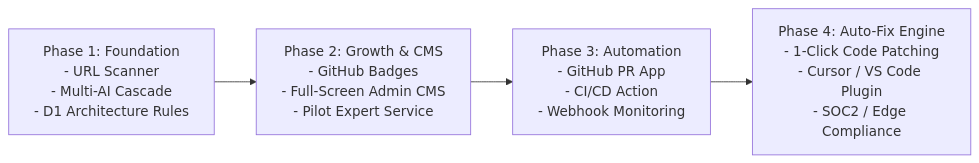
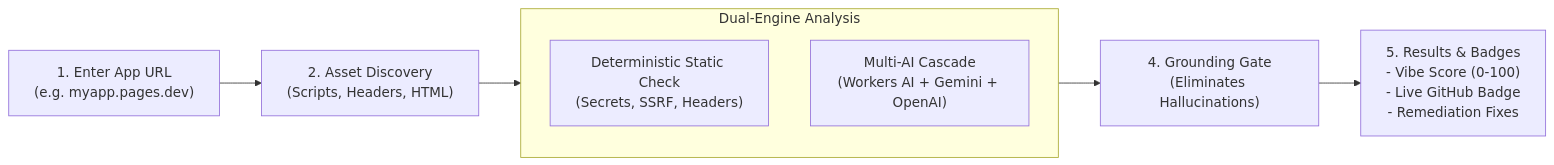
The diagram in README.md (sudharsansachin01-bot/PrBadger), drawn with Mermaid before and after one commit. The commit also changed other lines of this file, not shown here.

````diff
--- a/README.md
+++ b/README.md
@@ -177,6 +29,13 @@
 ```mermaid
 flowchart LR
-    A["Phase 1: Foundation<br/>- URL Scanner<br/>- Multi-AI Cascade<br/>- D1 Architecture Rules"] --> B["Phase 2: Growth & CMS<br/>- GitHub Badges<br/>- Full-Screen Admin CMS<br/>- Pilot Expert Service"]
-    B --> C["Phase 3: Automation<br/>- GitHub PR App<br/>- CI/CD Action<br/>- Webhook Monitoring"]
-    C --> D["Phase 4: Auto-Fix Engine<br/>- 1-Click Code Patching<br/>- Cursor / VS Code Plugin<br/>- SOC2 / Edge Compliance"]
+    A["1. Enter App URL<br/>(e.g. myapp.pages.dev)"] --> B["2. Asset Discovery<br/>(Scripts, Headers, HTML)"]
+    B --> C["3. Dual-Engine Analysis"]
+    
+    subgraph C ["Dual-Engine Analysis"]
+        C1["Deterministic Static Check<br/>(Secrets, SSRF, Headers)"]
+        C2["Multi-AI Cascade<br/>(Workers AI + Gemini + OpenAI)"]
+    end
+
+    C --> D["4. Grounding Gate<br/>(Eliminates Hallucinations)"]
+    D --> E["5. Results & Badges<br/>- Vibe Score (0-100)<br/>- Live GitHub Badge<br/>- Remediation Fixes"]
 ```
````
